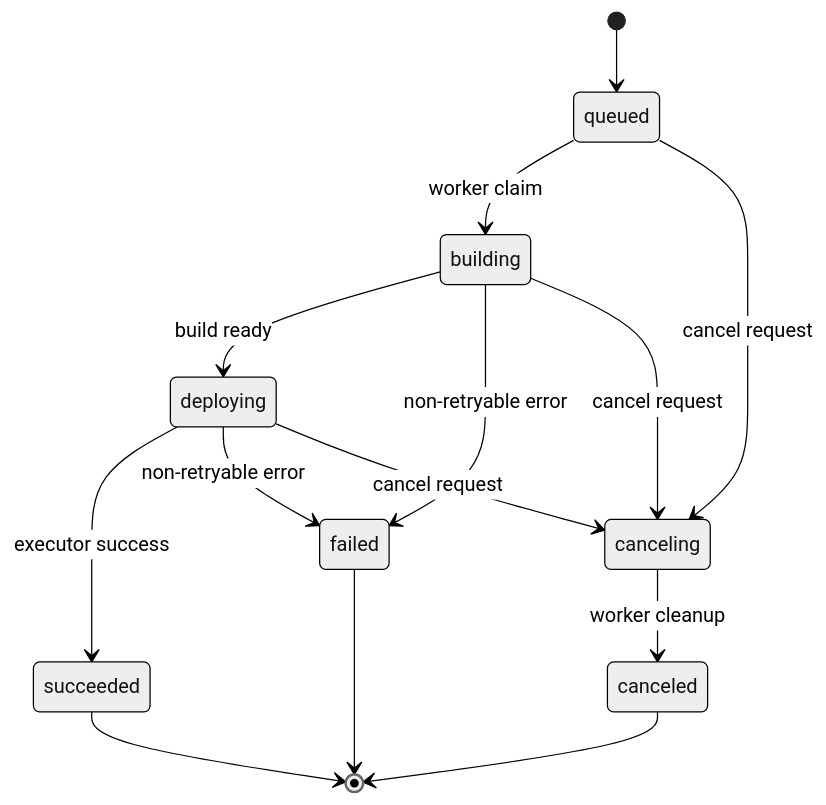
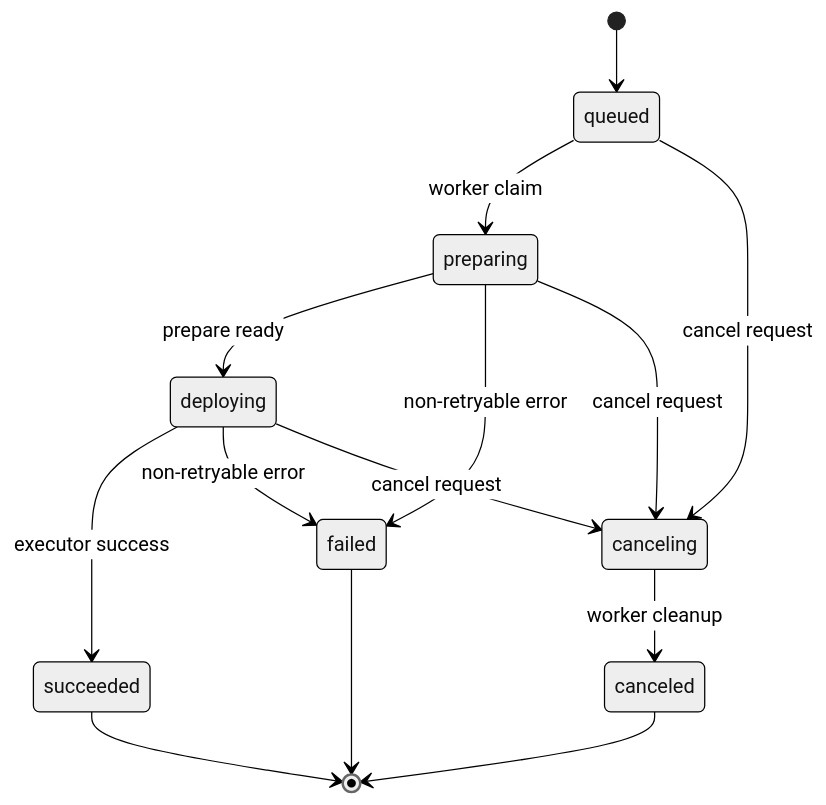
The tenth of 10 diagrams in docs/flows.md (owndock/owndock), drawn with Mermaid (neutral theme) before and after one commit. The commit also changed other lines of this file and 93 other files, not shown here.

````diff
--- a/docs/flows.md
+++ b/docs/flows.md
@@ -185,16 +348,16 @@
 ```mermaid
 stateDiagram-v2
     [*] --> queued
-    queued --> building: worker claim
-    building --> deploying: build ready
+    queued --> preparing: worker claim
+    preparing --> deploying: prepare ready
     deploying --> succeeded: executor success
-    building --> failed: non-retryable error
+    preparing --> failed: non-retryable error
     deploying --> failed: non-retryable error
     queued --> canceling: cancel request
-    building --> canceling: cancel request
+    preparing --> canceling: cancel request
     deploying --> canceling: cancel request
     canceling --> canceled: worker cleanup
     succeeded --> [*]
     failed --> [*]
     canceled --> [*]
 ```
````
